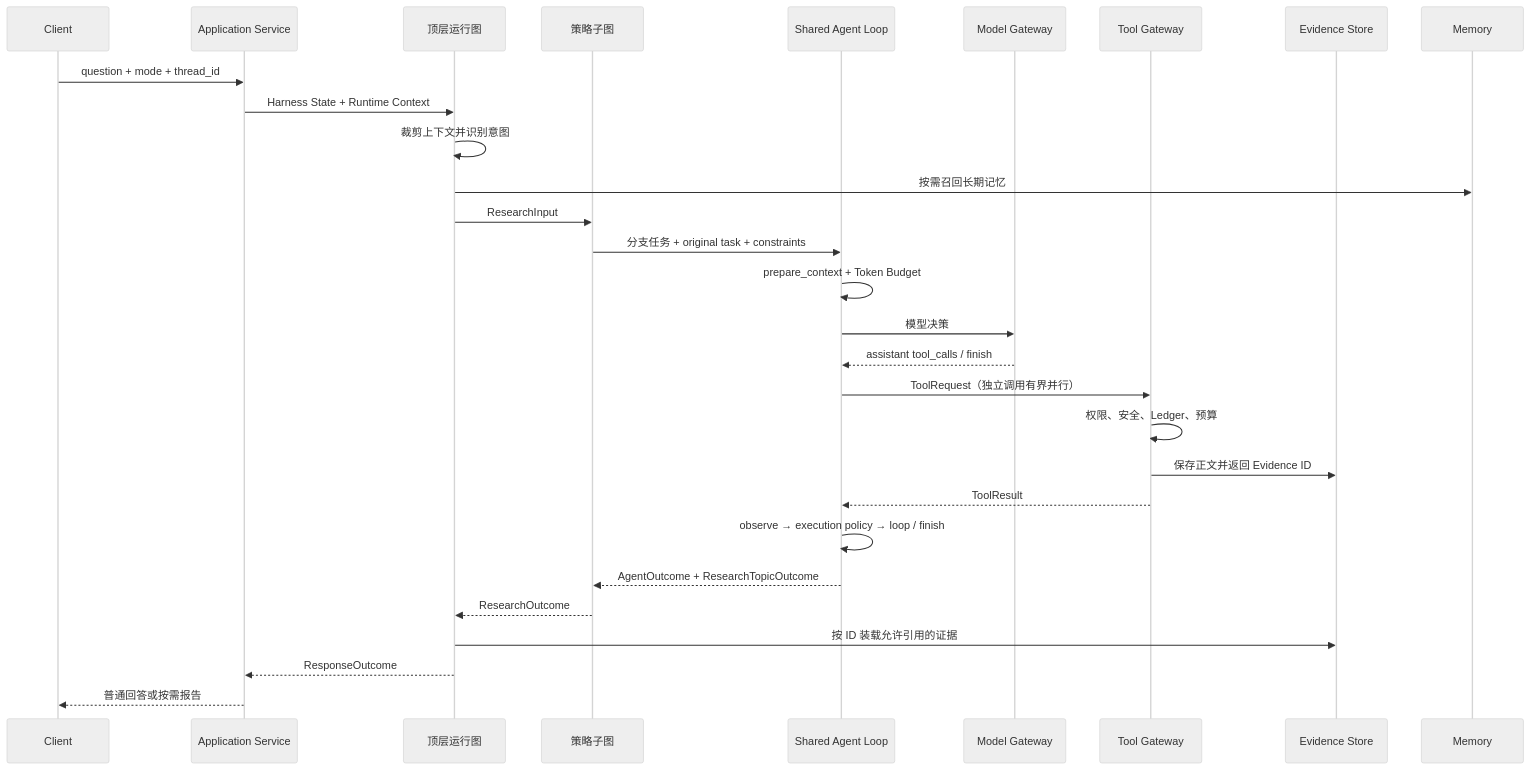
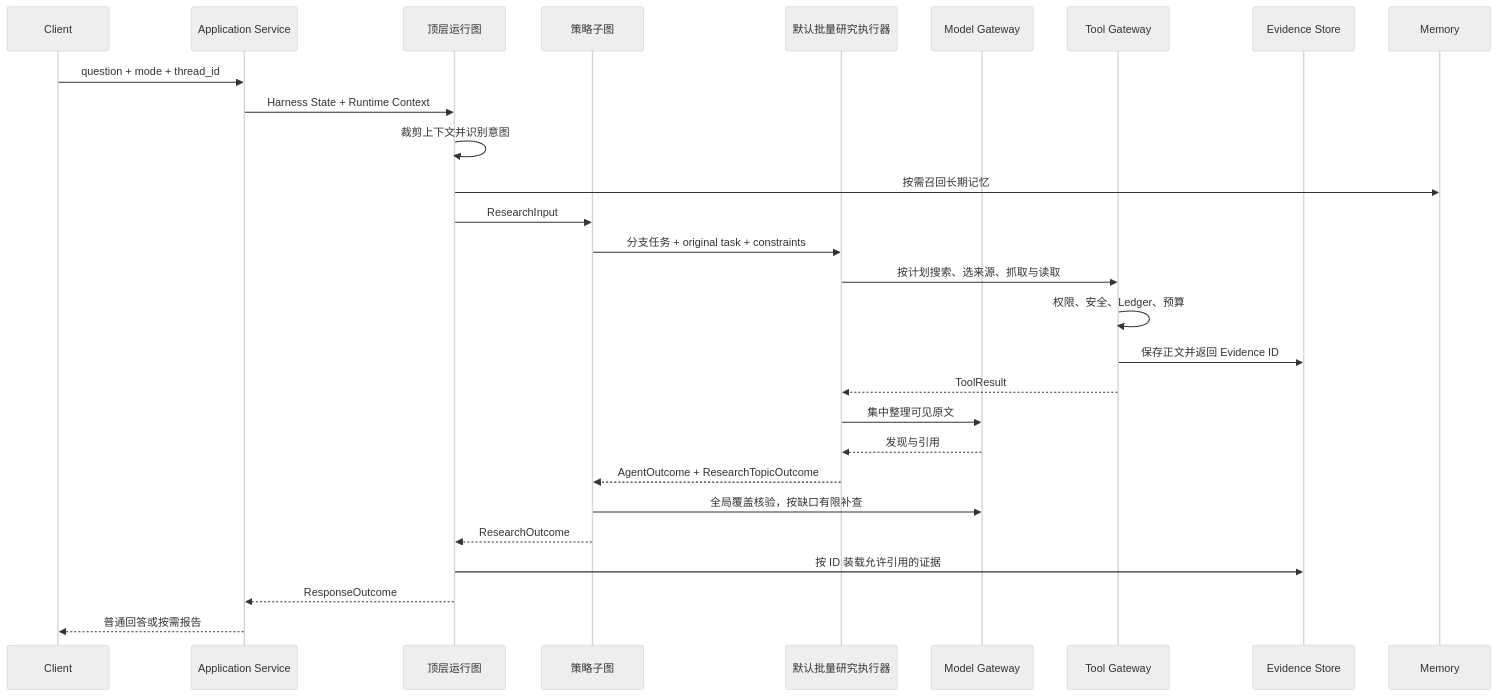
One commit to 1785454358/agent changed the diagram in backend/README.md. Above: the diagram before and after it, drawn with Mermaid (neutral theme). The commit also changed other lines of this file and 422 other files, not shown here.

````diff
--- a/backend/README.md
+++ b/backend/README.md
@@ -7,32 +7,31 @@
 ```mermaid
 sequenceDiagram
     participant C as Client
     participant A as Application Service
     participant H as 顶层运行图
     participant S as 策略子图
-    participant L as Shared Agent Loop
+    participant L as 默认批量研究执行器
     participant P as Model Gateway
     participant G as Tool Gateway
     participant E as Evidence Store
     participant M as Memory
 
     C->>A: question + mode + thread_id
     A->>H: Harness State + Runtime Context
     H->>H: 裁剪上下文并识别意图
     H->>M: 按需召回长期记忆
     H->>S: ResearchInput
     S->>L: 分支任务 + original task + constraints
-    L->>L: prepare_context + Token Budget
-    L->>P: 模型决策
-    P-->>L: assistant tool_calls / finish
-    L->>G: ToolRequest（独立调用有界并行）
+    L->>G: 按计划搜索、选来源、抓取与读取
     G->>G: 权限、安全、Ledger、预算
     G->>E: 保存正文并返回 Evidence ID
     G-->>L: ToolResult
-    L->>L: observe → execution policy → loop / finish
+    L->>P: 集中整理可见原文
+    P-->>L: 发现与引用
     L-->>S: AgentOutcome + ResearchTopicOutcome
+    S->>P: 全局覆盖核验，按缺口有限补查
     S-->>H: ResearchOutcome
     H->>E: 按 ID 装载允许引用的证据
     H-->>A: ResponseOutcome
     A-->>C: 普通回答或按需报告
 ```
````
